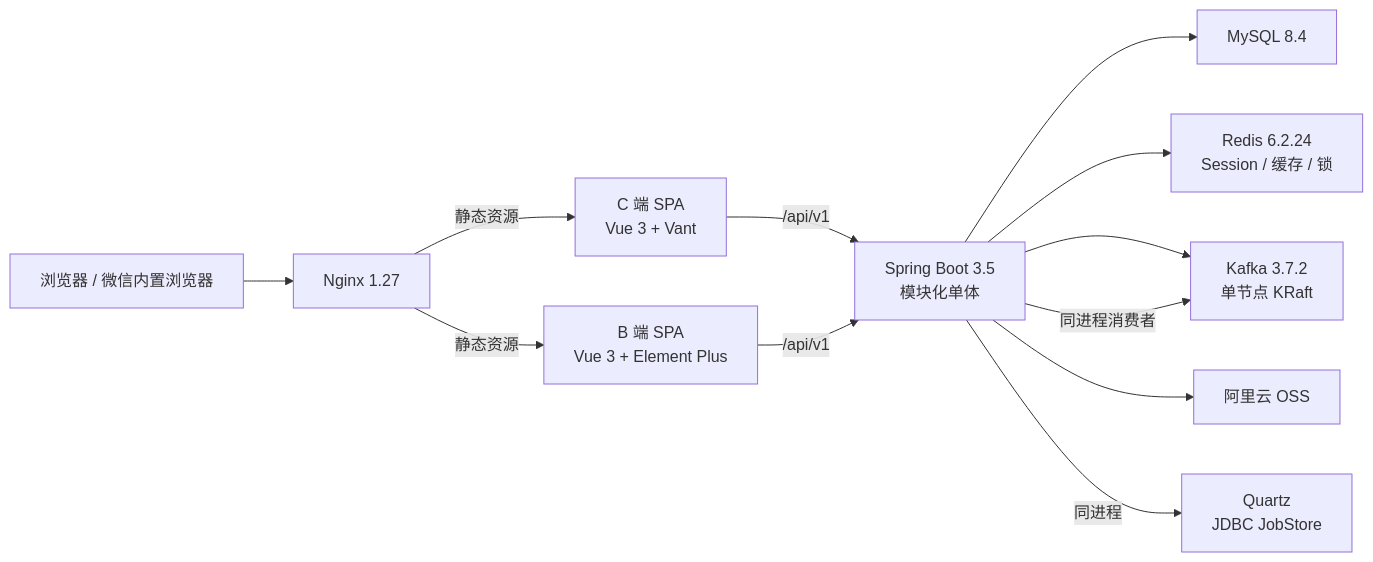
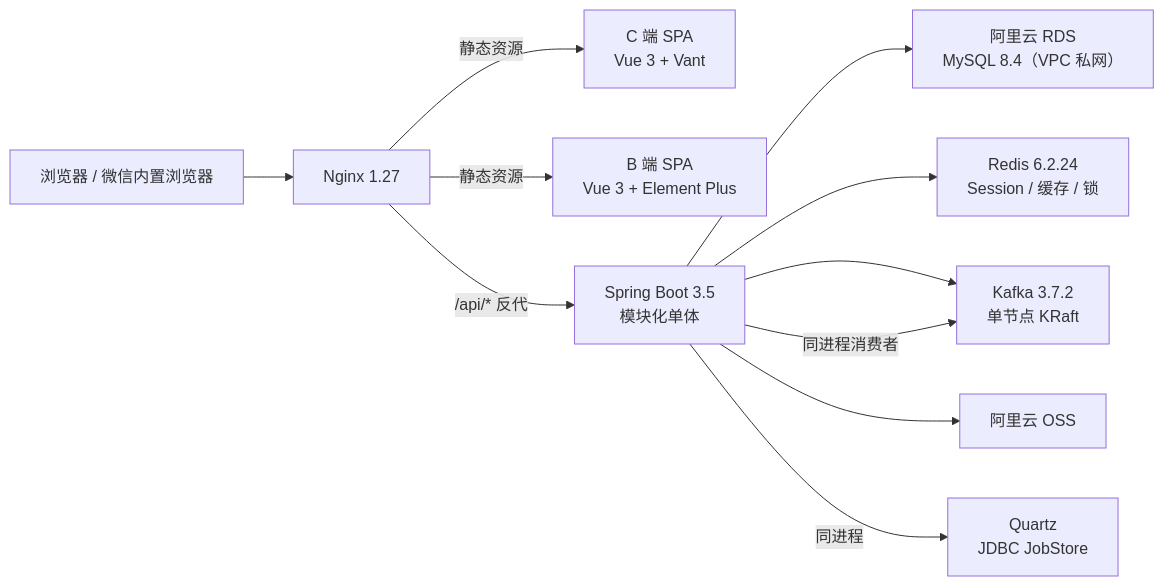
One commit to zhouyacheng/yunhefc changed the first of 7 diagrams in docs/design/03.整体架构设计.md. Above: the diagram before and after it, drawn with Mermaid. The commit also changed other lines of this file and 16 other files, not shown here.

Commit message:
docs: sync design docs, rules, prototype and schema with implementation

````diff
--- a/docs/design/03.整体架构设计.md
+++ b/docs/design/03.整体架构设计.md
@@ -111,14 +111,13 @@
 ```mermaid
 flowchart LR
   Browser["浏览器 / 微信内置浏览器"] --> Nginx["Nginx 1.27"]
   Nginx -->|"静态资源"| Web["C 端 SPA<br/>Vue 3 + Vant"]
   Nginx -->|"静态资源"| Admin["B 端 SPA<br/>Vue 3 + Element Plus"]
-  Web -->|"/api/v1"| App["Spring Boot 3.5<br/>模块化单体"]
-  Admin -->|"/api/v1"| App
-  App --> MySQL["MySQL 8.4"]
+  Nginx -->|"/api/* 反代"| App["Spring Boot 3.5<br/>模块化单体"]
+  App --> RDS["阿里云 RDS<br/>MySQL 8.4（VPC 私网）"]
   App --> Redis["Redis 6.2.24<br/>Session / 缓存 / 锁"]
   App --> Kafka["Kafka 3.7.2<br/>单节点 KRaft"]
   App --> OSS["阿里云 OSS"]
   App -->|"同进程"| Quartz["Quartz<br/>JDBC JobStore"]
   App -->|"同进程消费者"| Kafka
 ```
````
